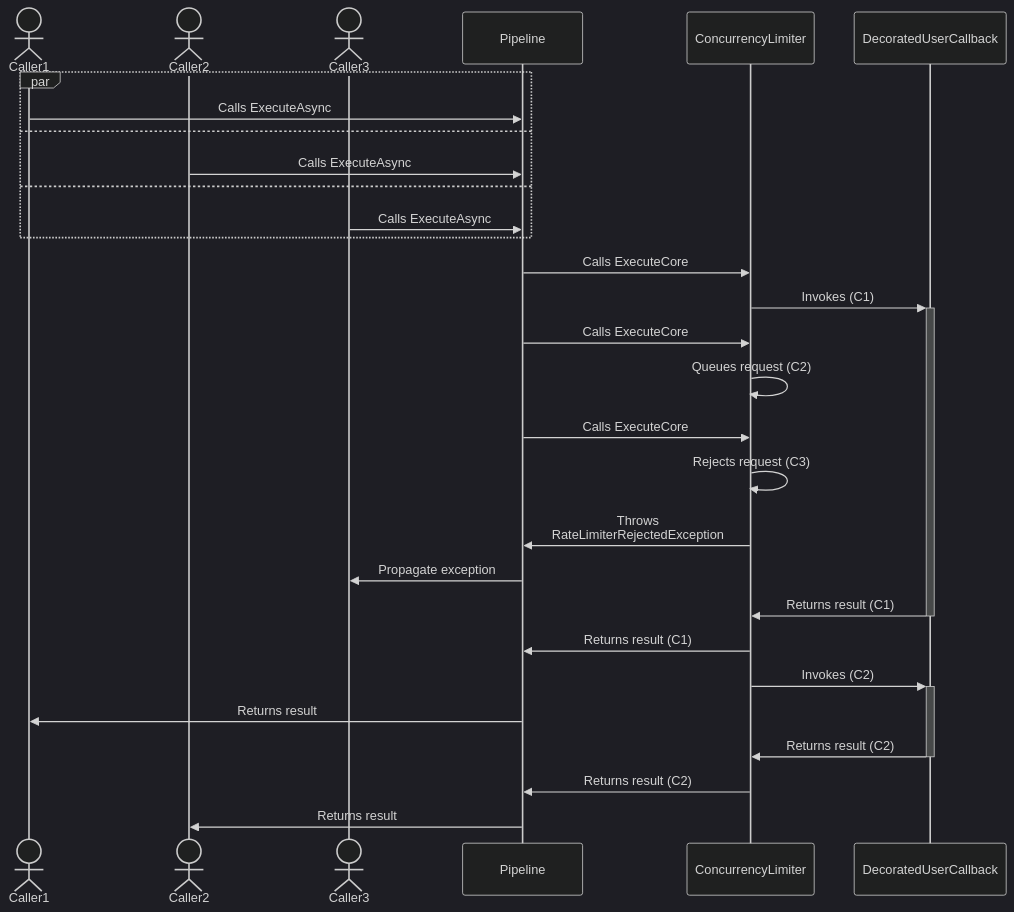
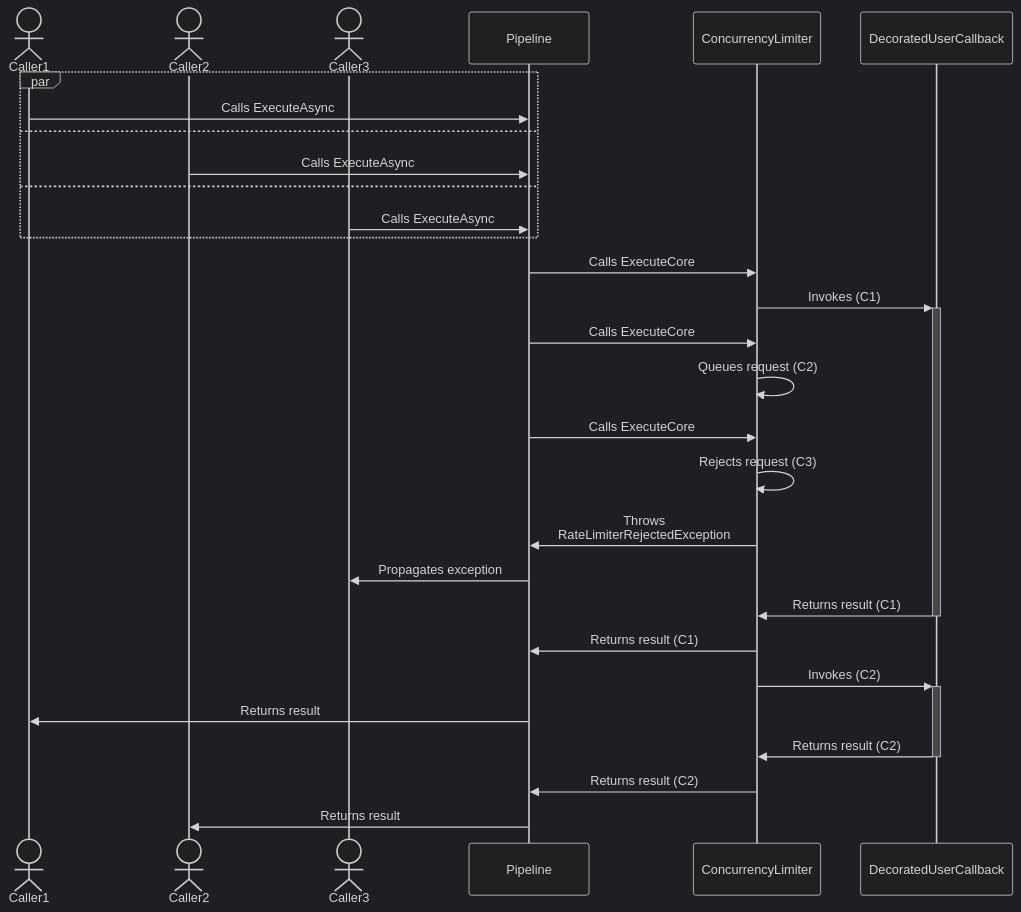
One commit to App-vNext/Polly changed the fourth of 4 diagrams in docs/strategies/rate-limiter.md. Above: the diagram before and after it, drawn with Mermaid. The commit also changed 1 other file, not shown here.

Commit message:
[Docs] Add diagrams for circuit breakers (#1704)
Add diagrams for circuit breakers

````diff
--- a/docs/strategies/rate-limiter.md
+++ b/docs/strategies/rate-limiter.md
@@ -175,35 +175,35 @@
 ```mermaid
 %%{init: {'theme':'dark'}}%%
 sequenceDiagram
     actor C1 as Caller1
     actor C2 as Caller2
     actor C3 as Caller3
     participant P as Pipeline
     participant CL as ConcurrencyLimiter
     participant D as DecoratedUserCallback
 
     par
     C1->>P: Calls ExecuteAsync
     and
     C2->>P: Calls ExecuteAsync
     and
     C3->>P: Calls ExecuteAsync
     end
 
     P->>CL: Calls ExecuteCore
     CL->>+D: Invokes (C1)
     P->>CL: Calls ExecuteCore
     CL->>CL: Queues request (C2)
     P->>CL: Calls ExecuteCore
     CL->>CL: Rejects request (C3)
     CL->>P: Throws <br/>RateLimiterRejectedException
-    P->>C3: Propagate exception
+    P->>C3: Propagates exception
 
     D->>-CL: Returns result (C1)
     CL->>P: Returns result (C1)
     CL->>+D: Invokes (C2)
     P->>C1: Returns result
     D->>-CL: Returns result (C2)
     CL->>P: Returns result (C2)
     P->>C2: Returns result
 ```
````
